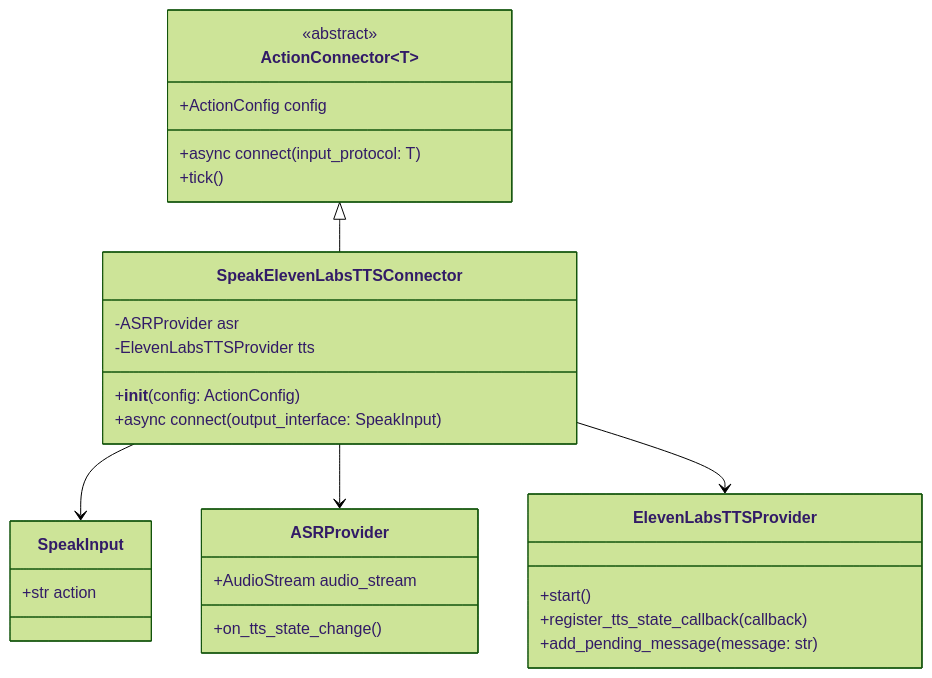
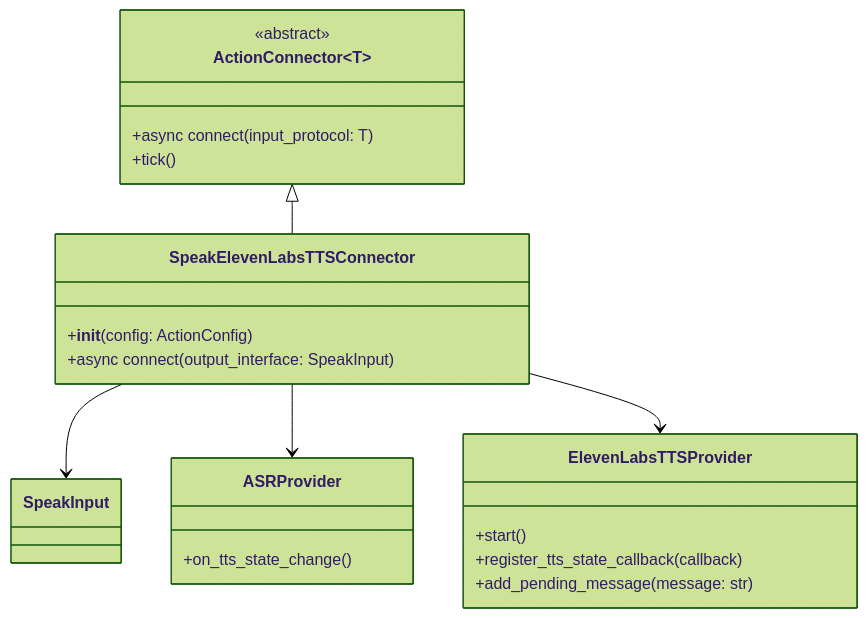
The first of 2 diagrams in docs/action-plugin/speech-and-tts.mdx (gizdusum/OM1), drawn with Mermaid (forest theme) before and after one commit. The commit also changed other lines of this file and 8 other files, not shown here.

Commit message:
remove types and attributes but keep methods for class diagram

````diff
--- a/docs/action-plugin/speech-and-tts.mdx
+++ b/docs/action-plugin/speech-and-tts.mdx
@@ -14,36 +16,31 @@
 ```mermaid
 classDiagram
     class ActionConnector~T~ {
         <<abstract>>
-        +ActionConfig config
         +async connect(input_protocol: T)
         +tick()
     }
 
     class SpeakInput {
-        +str action
     }
 
     class SpeakElevenLabsTTSConnector {
-        -ASRProvider asr
-        -ElevenLabsTTSProvider tts
         +__init__(config: ActionConfig)
         +async connect(output_interface: SpeakInput)
     }
 
     class ASRProvider {
-        +AudioStream audio_stream
         +on_tts_state_change()
     }
 
     class ElevenLabsTTSProvider {
         +start()
         +register_tts_state_callback(callback)
         +add_pending_message(message: str)
     }
 
     ActionConnector <|-- SpeakElevenLabsTTSConnector
     SpeakElevenLabsTTSConnector --> SpeakInput
     SpeakElevenLabsTTSConnector --> ASRProvider
     SpeakElevenLabsTTSConnector --> ElevenLabsTTSProvider
 ```
````
